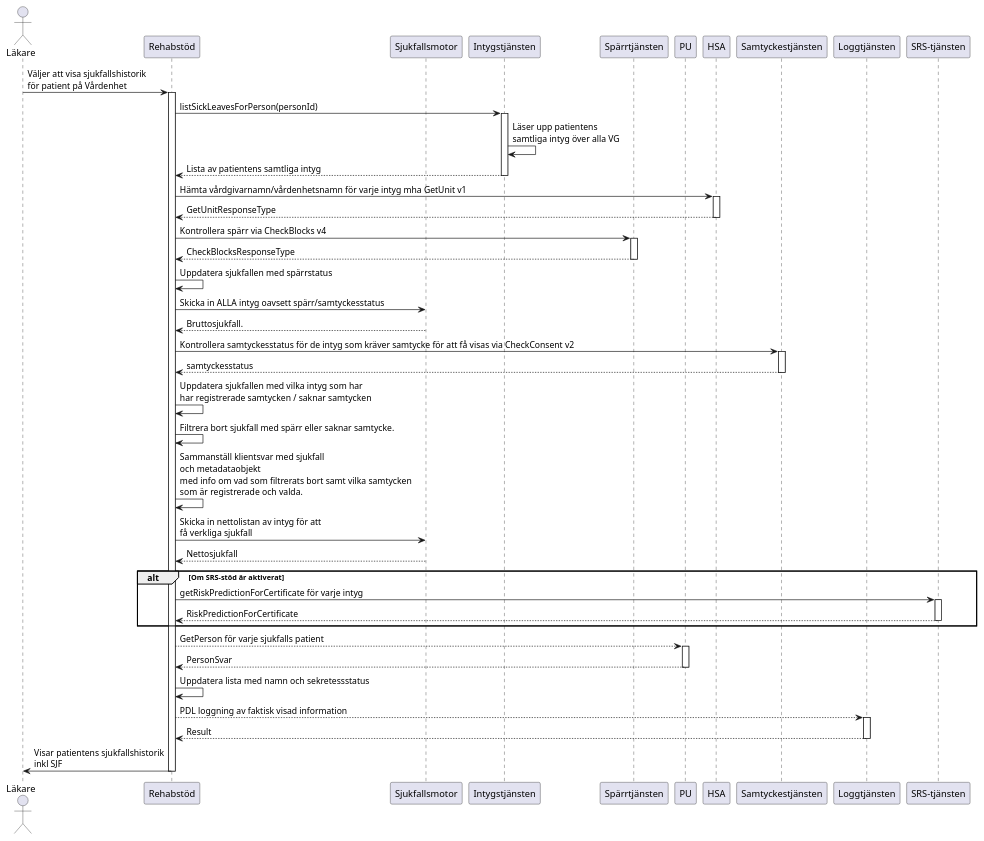
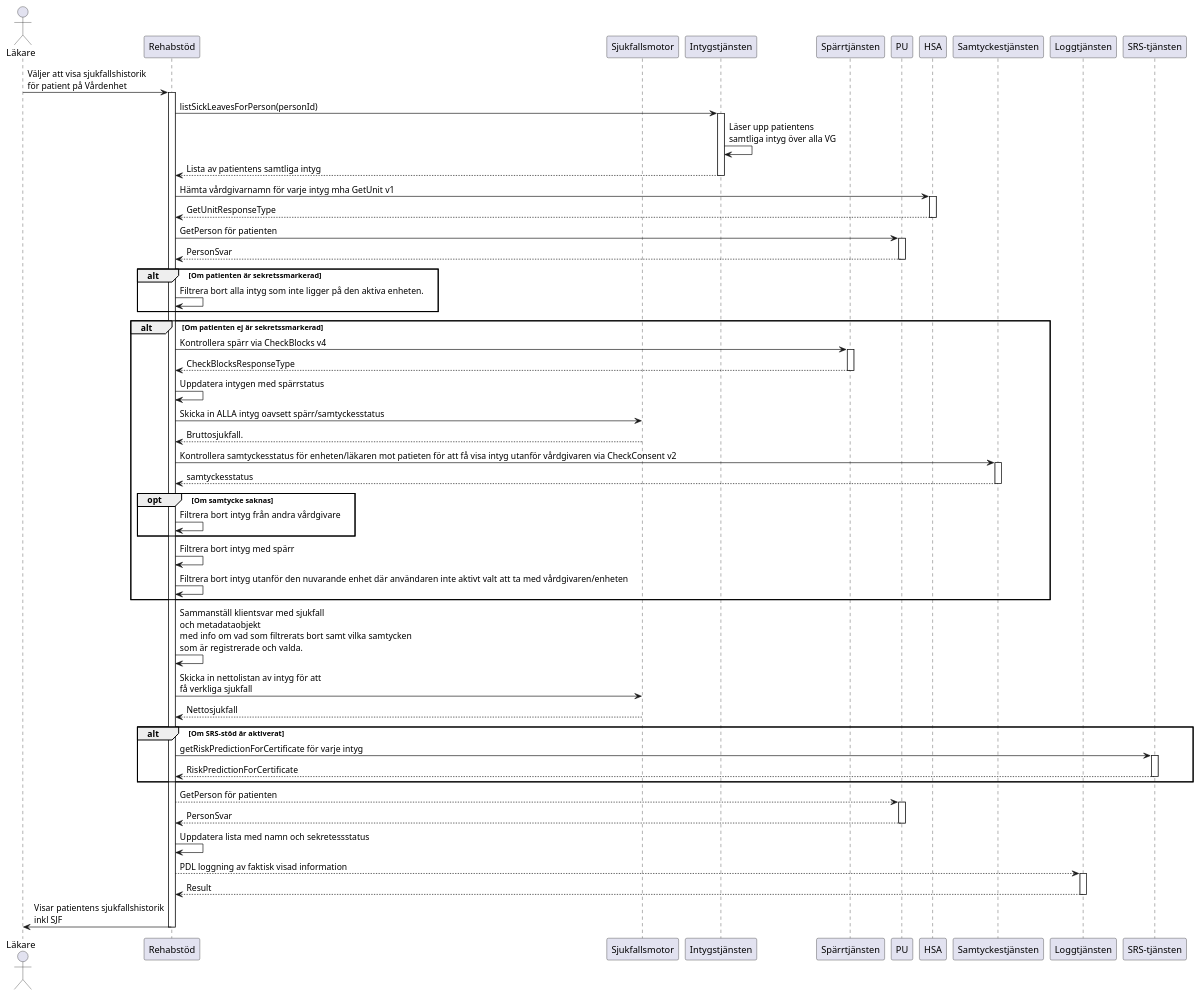
One commit to sklintyg/rehabstod changed the diagram in docs/plantuml/visa-sjukfallhistorik-sjf.puml. Above: the diagram before and after it, drawn with PlantUML.

Commit message:
DOCUPD: Uppdaterat sekvensdiagram till saden

```diff
--- a/docs/plantuml/visa-sjukfallhistorik-sjf.puml
+++ b/docs/plantuml/visa-sjukfallhistorik-sjf.puml
@@ -1,69 +1,84 @@
 @startuml
 actor Läkare
 participant rhs as "Rehabstöd"
 participant sfm as "Sjukfallsmotor"
 participant it as "Intygstjänsten"
 participant st as "Spärrtjänsten"
 participant pu as "PU"
 participant hsa as "HSA"
 participant samtycke as "Samtyckestjänsten"
 participant logg as "Loggtjänsten"
 participant srs as "SRS-tjänsten"
 
 Läkare -> rhs: Väljer att visa sjukfallshistorik\nför patient på Vårdenhet
 activate rhs
     rhs -> it: listSickLeavesForPerson(personId)
     activate it
     it -> it: Läser upp patientens\nsamtliga intyg över alla VG
     it --> rhs: Lista av patientens samtliga intyg
     deactivate it
 
-    rhs -> hsa: Hämta vårdgivarnamn/vårdenhetsnamn för varje intyg mha GetUnit v1
+    rhs -> hsa: Hämta vårdgivarnamn för varje intyg mha GetUnit v1
     activate hsa
     hsa --> rhs: GetUnitResponseType
     deactivate hsa
 
-    rhs -> st: Kontrollera spärr via CheckBlocks v4
-    activate st
-    st --> rhs: CheckBlocksResponseType
-    deactivate st
-    rhs -> rhs: Uppdatera sjukfallen med spärrstatus
+    rhs -> pu: GetPerson för patienten
+    activate pu
+    pu --> rhs: PersonSvar
+    deactivate pu
 
-    rhs -> sfm: Skicka in ALLA intyg oavsett spärr/samtyckesstatus
-    sfm --> rhs: Bruttosjukfall.
+    alt Om patienten är sekretssmarkerad
+        rhs -> rhs: Filtrera bort alla intyg som inte ligger på den aktiva enheten.
+    end
 
-    rhs -> samtycke: Kontrollera samtyckesstatus för de intyg som kräver samtycke för att få visas via CheckConsent v2
-    activate samtycke
-    samtycke --> rhs: samtyckesstatus
-    deactivate samtycke
+    alt Om patienten ej är sekretssmarkerad
+        rhs -> st: Kontrollera spärr via CheckBlocks v4
+        activate st
+        st --> rhs: CheckBlocksResponseType
+        deactivate st
+        rhs -> rhs: Uppdatera intygen med spärrstatus
 
-    rhs -> rhs: Uppdatera sjukfallen med vilka intyg som har\nhar registrerade samtycken / saknar samtycken
+        rhs -> sfm: Skicka in ALLA intyg oavsett spärr/samtyckesstatus
+        sfm --> rhs: Bruttosjukfall.
 
-     rhs -> rhs: Filtrera bort sjukfall med spärr eller saknar samtycke.
-     rhs -> rhs: Sammanställ klientsvar med sjukfall\noch metadataobjekt\nmed info om vad som filtrerats bort samt vilka samtycken\nsom är registrerade och valda.
+        rhs -> samtycke: Kontrollera samtyckesstatus för enheten/läkaren mot patieten för att få visa intyg utanför vårdgivaren via CheckConsent v2
+        activate samtycke
+        samtycke --> rhs: samtyckesstatus
+        deactivate samtycke
+
+        opt Om samtycke saknas
+            rhs -> rhs: Filtrera bort intyg från andra vårdgivare
+        end
+
+        rhs -> rhs: Filtrera bort intyg med spärr
+        rhs -> rhs: Filtrera bort intyg utanför den nuvarande enhet där användaren inte aktivt valt att ta med vårdgivaren/enheten
+    end
+
+    rhs -> rhs: Sammanställ klientsvar med sjukfall\noch metadataobjekt\nmed info om vad som filtrerats bort samt vilka samtycken\nsom är registrerade och valda.
 
     rhs -> sfm: Skicka in nettolistan av intyg för att\nfå verkliga sjukfall
     sfm --> rhs: Nettosjukfall
 
      alt Om SRS-stöd är aktiverat
         rhs -> srs: getRiskPredictionForCertificate för varje intyg
          activate srs
         srs --> rhs: RiskPredictionForCertificate
          deactivate srs
      end
 
 
-      rhs --> pu: GetPerson för varje sjukfalls patient
+      rhs --> pu: GetPerson för patienten
     activate pu
       pu --> rhs: PersonSvar
      deactivate pu
      rhs -> rhs: Uppdatera lista med namn och sekretessstatus
 
      rhs --> logg: PDL loggning av faktisk visad information
     activate logg
       logg --> rhs: Result
      deactivate logg
 
     rhs -> Läkare: Visar patientens sjukfallshistorik\ninkl SJF
 deactivate rhs
 @enduml
```
